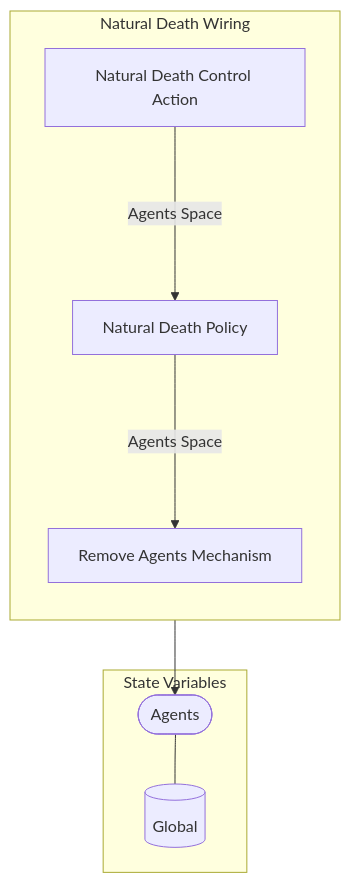
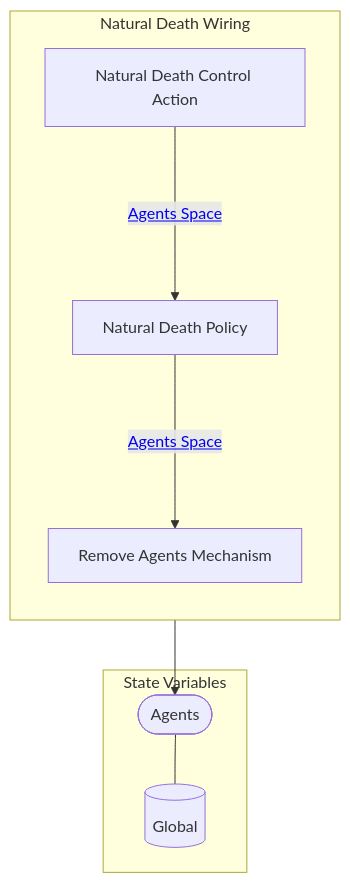
One commit to BlockScience/Predator-Prey-MSML changed the second of 2 diagrams in reports/obsidian/Wiring/Natural Death Wiring.md. Above: the diagram before and after it, drawn with Mermaid. The commit also changed other lines of this file and 48 other files, not shown here.

````diff
--- a/reports/obsidian/Wiring/Natural Death Wiring.md
+++ b/reports/obsidian/Wiring/Natural Death Wiring.md
@@ -31,24 +31,24 @@
 ```mermaid
 graph TB
 
 subgraph SVS["State Variables"]
 EE0[("Global")]
 EES0(["Agents"])
 EES0 --- EE0
 end
 
 subgraph X4["Natural Death Wiring"]
 direction TB
 X1["Natural Death Control Action"]
 X2["Natural Death Policy"]
 X3["Remove Agents Mechanism"]
 X3 --> EES0
-X1--"Agents Space"--->X2
-X2--"Agents Space"--->X3
+X1--"<a href='Agents Space' class=internal-link>Agents Space</a>"--->X2
+X2--"<a href='Agents Space' class=internal-link>Agents Space</a>"--->X3
 end
 class X1 internal-link;
 class X2 internal-link;
 class X3 internal-link;
 class EE0 internal-link;
 
 ```
````
